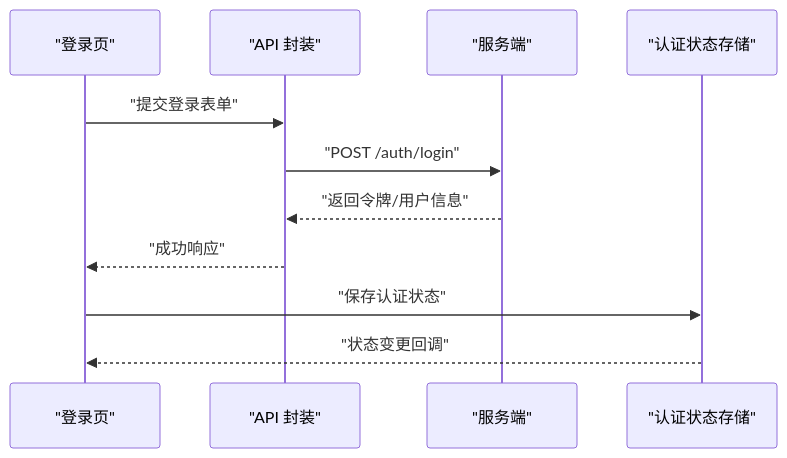
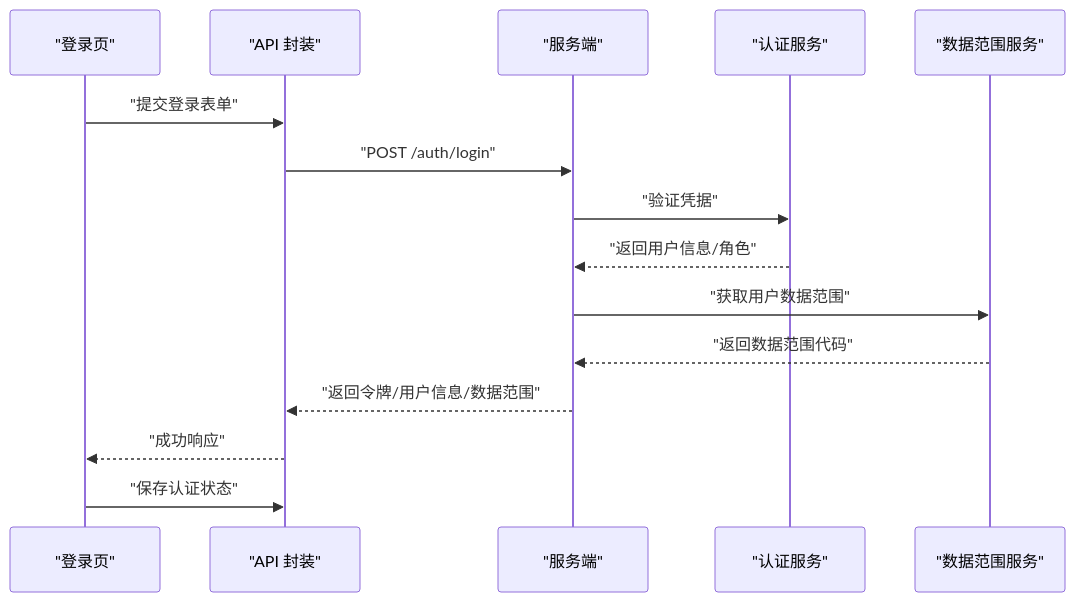
One commit to Damao997/newproject changed the sixth of 8 diagrams in .qoder/repowiki/zh/content/安全指南/认证与授权安全.md. Above: the diagram before and after it, drawn with Mermaid. The commit also changed other lines of this file and 118 other files, not shown here.

````diff
--- a/.qoder/repowiki/zh/content/安全指南/认证与授权安全.md
+++ b/.qoder/repowiki/zh/content/安全指南/认证与授权安全.md
@@ -268,13 +314,17 @@
 ```mermaid
 sequenceDiagram
 participant P as "登录页"
 participant API as "API 封装"
 participant S as "服务端"
-participant ST as "认证状态存储"
+participant AUTH as "认证服务"
+participant SCOPE as "数据范围服务"
 P->>API : "提交登录表单"
 API->>S : "POST /auth/login"
-S-->>API : "返回令牌/用户信息"
+S->>AUTH : "验证凭据"
+AUTH-->>S : "返回用户信息/角色"
+S->>SCOPE : "获取用户数据范围"
+SCOPE-->>S : "返回数据范围代码"
+S-->>API : "返回令牌/用户信息/数据范围"
 API-->>P : "成功响应"
-P->>ST : "保存认证状态"
-ST-->>P : "状态变更回调"
+P->>API : "保存认证状态"
 ```
````
